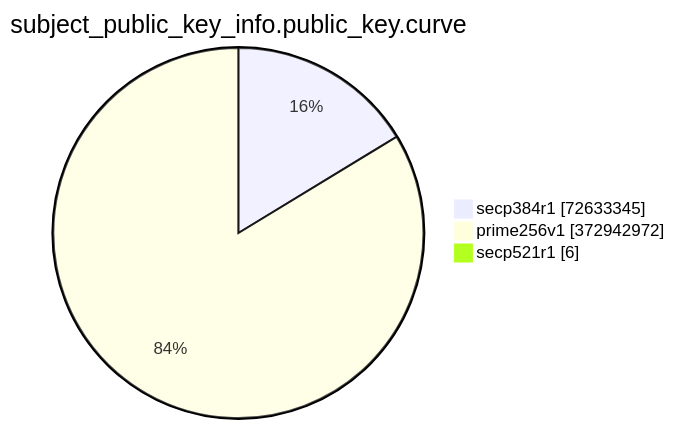
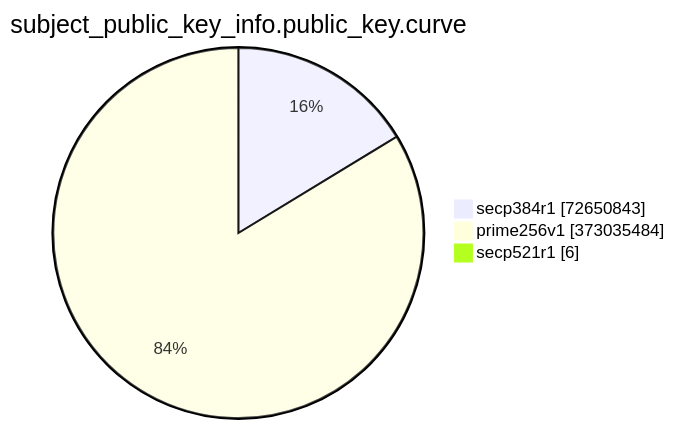
Before and after one commit to christiankrug/ctmonitor_visualization: the eighth of 15 diagrams in TOTAL/README.md, drawn with Mermaid. The commit also changed other lines of this file, not shown here.

````diff
--- a/TOTAL/README.md
+++ b/TOTAL/README.md
@@ -3092,7 +3092,7 @@
 ```mermaid
 pie showData
 title subject_public_key_info.public_key.curve
-"secp384r1" :72633345
-"prime256v1" :372942972
+"secp384r1" :72650843
+"prime256v1" :373035484
 "secp521r1" :6
 ```
````
